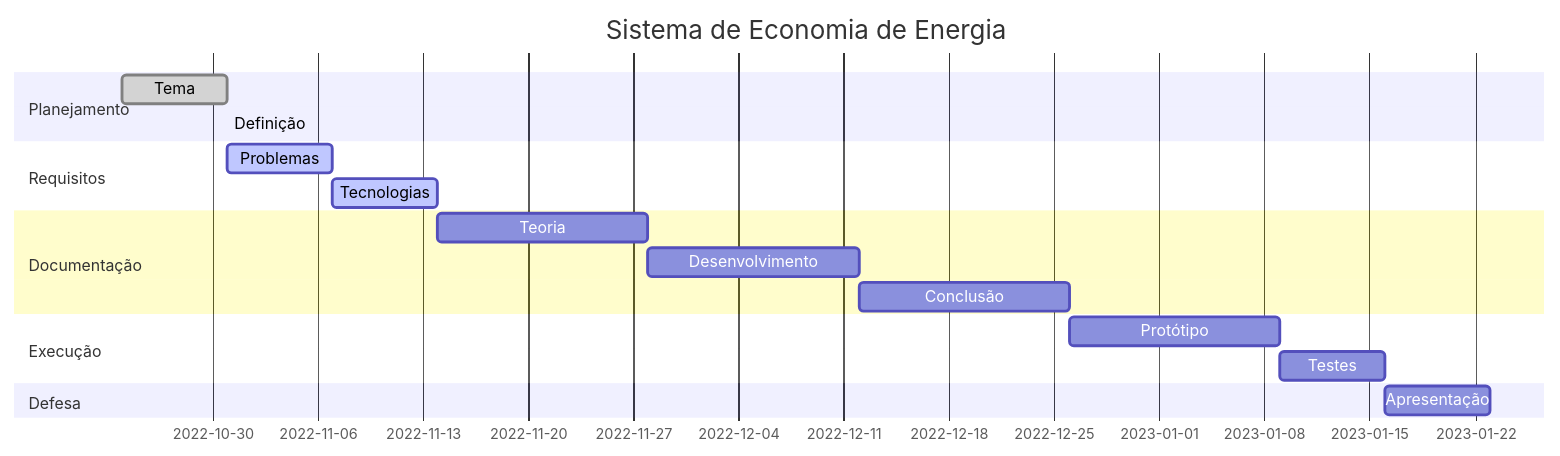
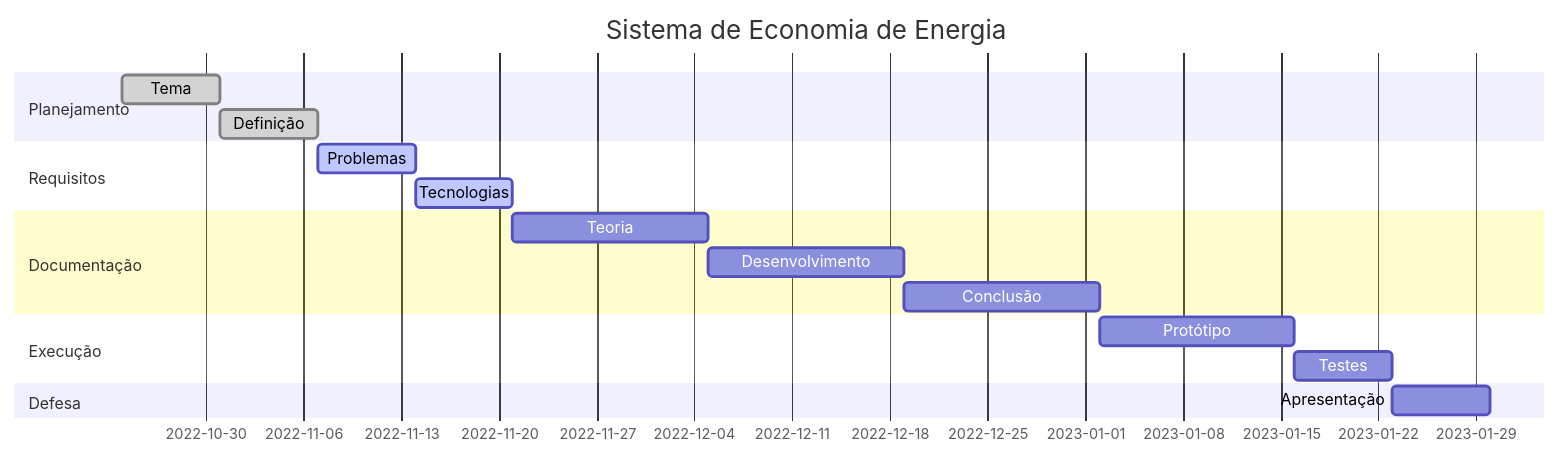
The diagram in README.md (marcilio-freitas27/projeto-integrador-gantt), drawn with Mermaid before and after one commit.

Commit message:
Atualizando status das tarefas 3

````diff
--- a/README.md
+++ b/README.md
@@ -5,25 +5,25 @@
 ```mermaid
 gantt
     title Sistema de Economia de Energia
     dateFormat  YYYY-MM-DD
 
     section Planejamento
     Tema                :done, a1, 2022-10-24, 7d
-    Definição           :done, a2, after a1, 7
+    Definição           :done, a2, after a1, 7d
 
     section Requisitos
     Problemas           :active, b1, after a2  , 7d
     Tecnologias         :active, b2, after b1  ,7d
 
     section Documentação
     Teoria         :c1, after b2, 14d
     Desenvolvimento      :c2, after c1, 14d
     Conclusão       :c3, after c2, 14d
 
     section Execução
     Protótipo           :d1, after c3, 14d
     Testes              :d2, after d1, 7d
 
     section Defesa
     Apresentação        :e1, after d2, 7d
 ```
````
